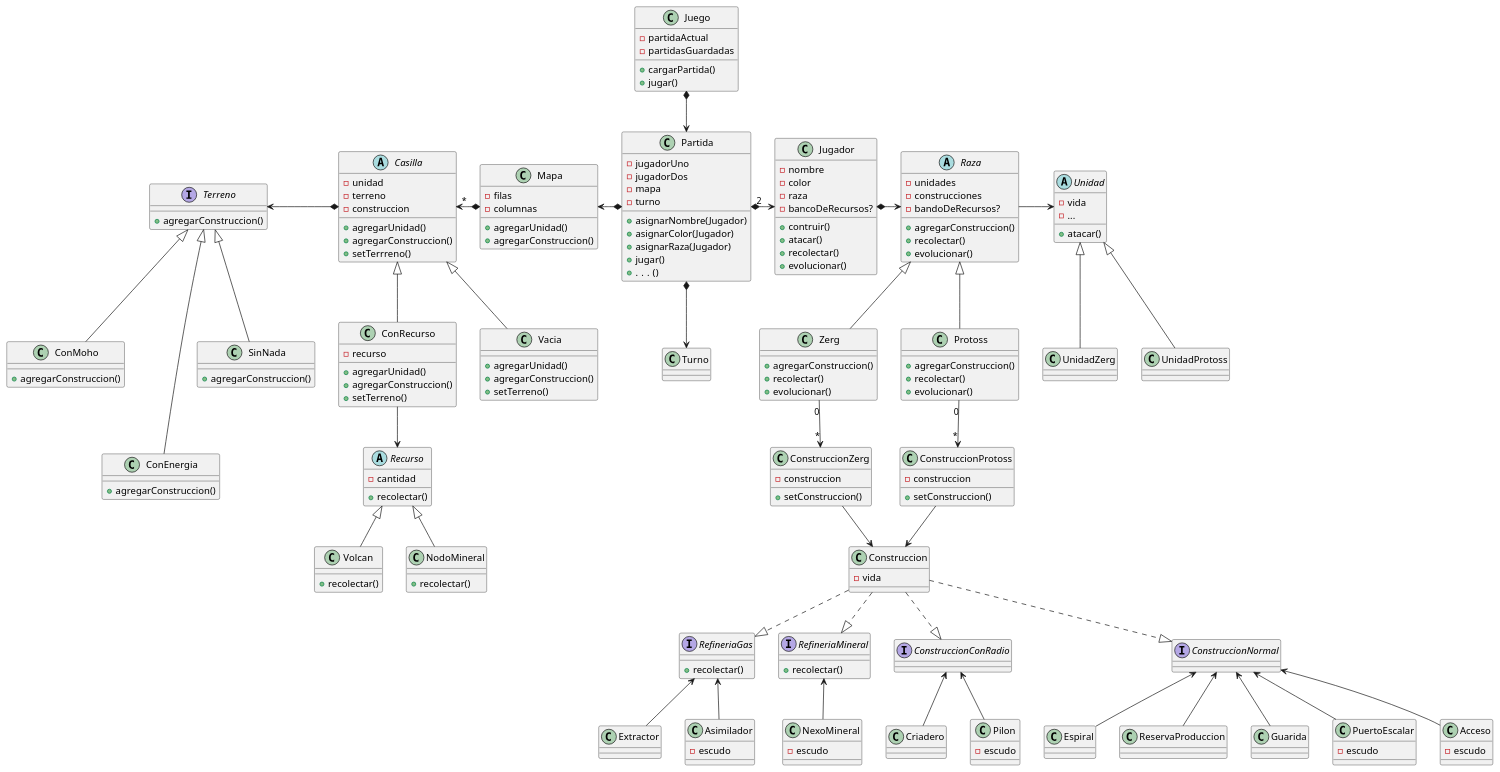
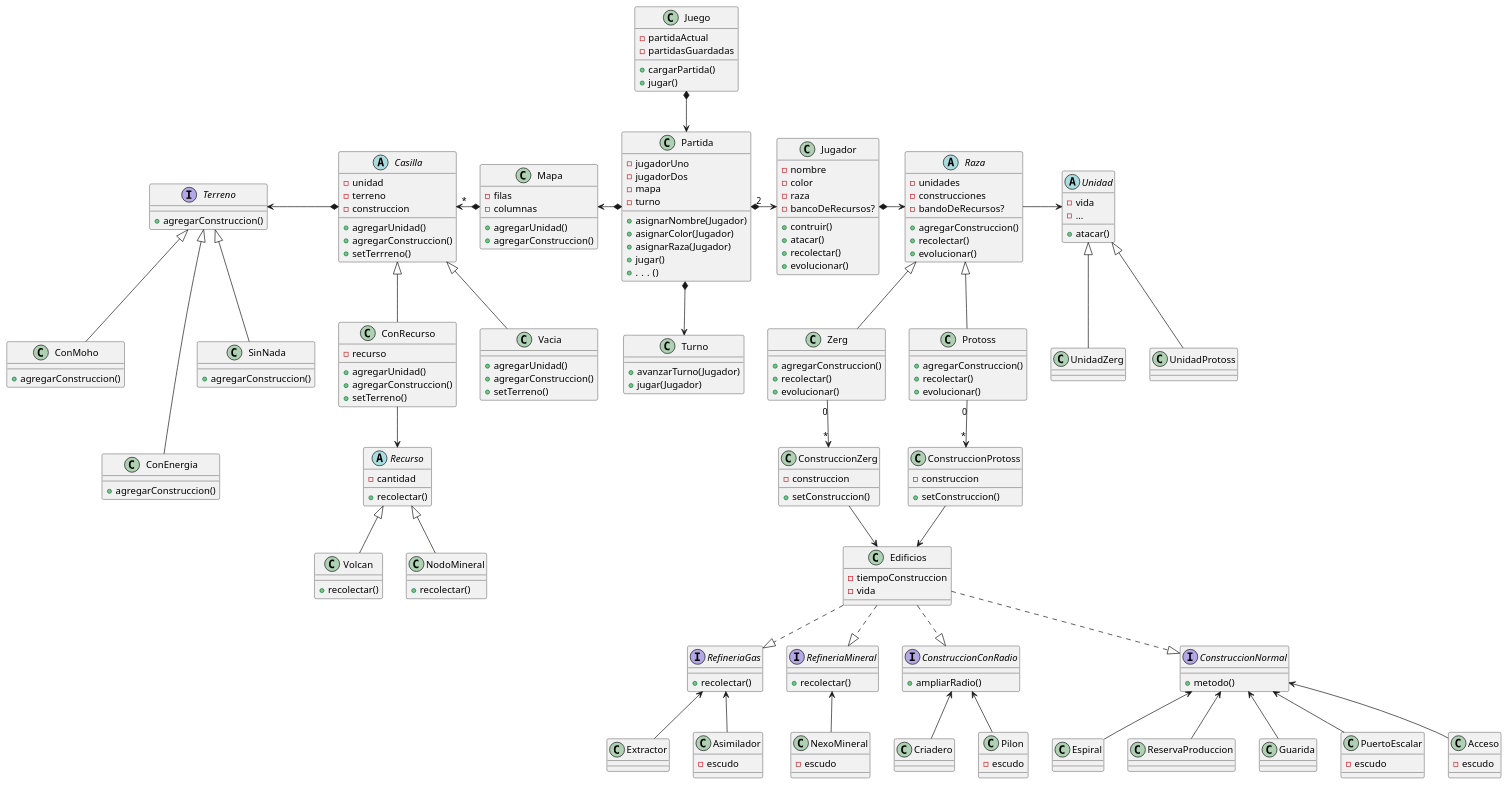
Before and after one commit to GiaWong/Algo3_TP2_2C2022: the diagram in diagrams/classes/NuevoModeloGeneral_DiagramaClases.puml, drawn with PlantUML. The commit also changed 2 other files, not shown here.

Commit message:
modificacion diagrama UML Construccion --> Edificios

```diff
--- a/diagrams/classes/NuevoModeloGeneral_DiagramaClases.puml
+++ b/diagrams/classes/NuevoModeloGeneral_DiagramaClases.puml
@@ -77,7 +77,8 @@
     + setConstruccion()
 }
 
-class Construccion {
+class Edificios {
+    - tiempoConstruccion
     - vida
 }
 
@@ -89,9 +90,13 @@
     + recolectar()
 }
 
-interface ConstruccionConRadio {}
+interface ConstruccionConRadio {
+    +ampliarRadio()
+}
 
-interface ConstruccionNormal {}
+interface ConstruccionNormal {
+    +metodo()
+    }
 
 class Extractor {}
 
@@ -184,7 +189,12 @@
     + recolectar()
 }
 
-class Turno {}
+class Turno {
+
+   +avanzarTurno(Jugador)
+   +jugar(Jugador)
+
+   }
 
 
 
@@ -202,12 +212,12 @@
 
 Zerg "0" --> "*" ConstruccionZerg
 Protoss "0" --> "*" ConstruccionProtoss
-ConstruccionZerg --> Construccion
-ConstruccionProtoss --> Construccion
-Construccion ..|> RefineriaGas
-Construccion ..|> RefineriaMineral
-Construccion ..|> ConstruccionConRadio
-Construccion ..|> ConstruccionNormal
+ConstruccionZerg --> Edificios
+ConstruccionProtoss --> Edificios
+Edificios ..|> RefineriaGas
+Edificios ..|> RefineriaMineral
+Edificios ..|> ConstruccionConRadio
+Edificios ..|> ConstruccionNormal
 RefineriaGas <-- Extractor
 RefineriaGas <-- Asimilador
 RefineriaMineral <-- NexoMineral
```
